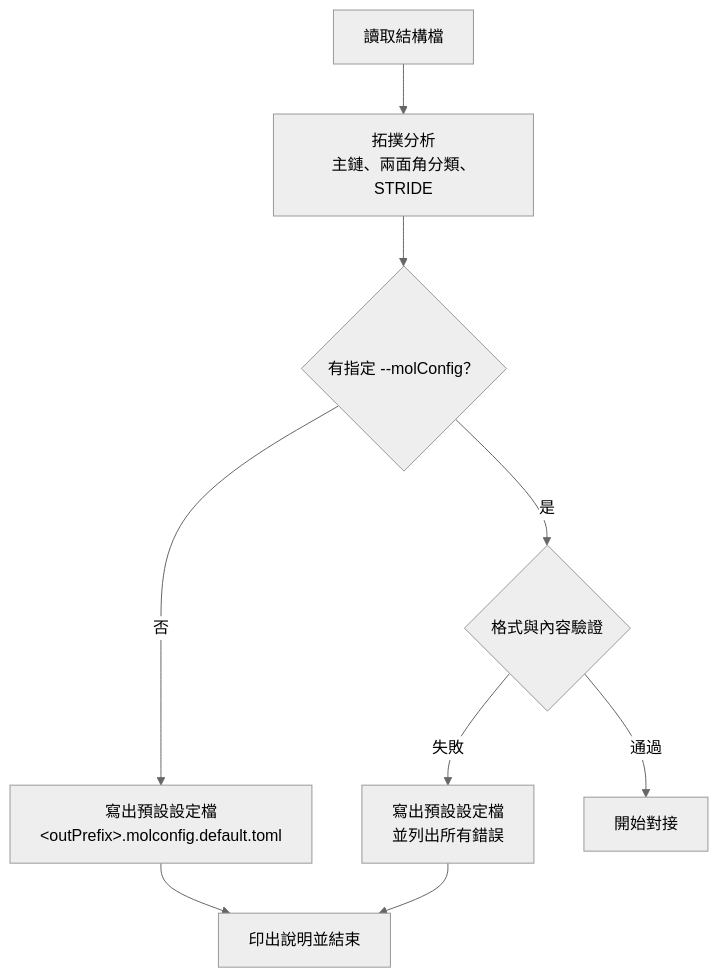
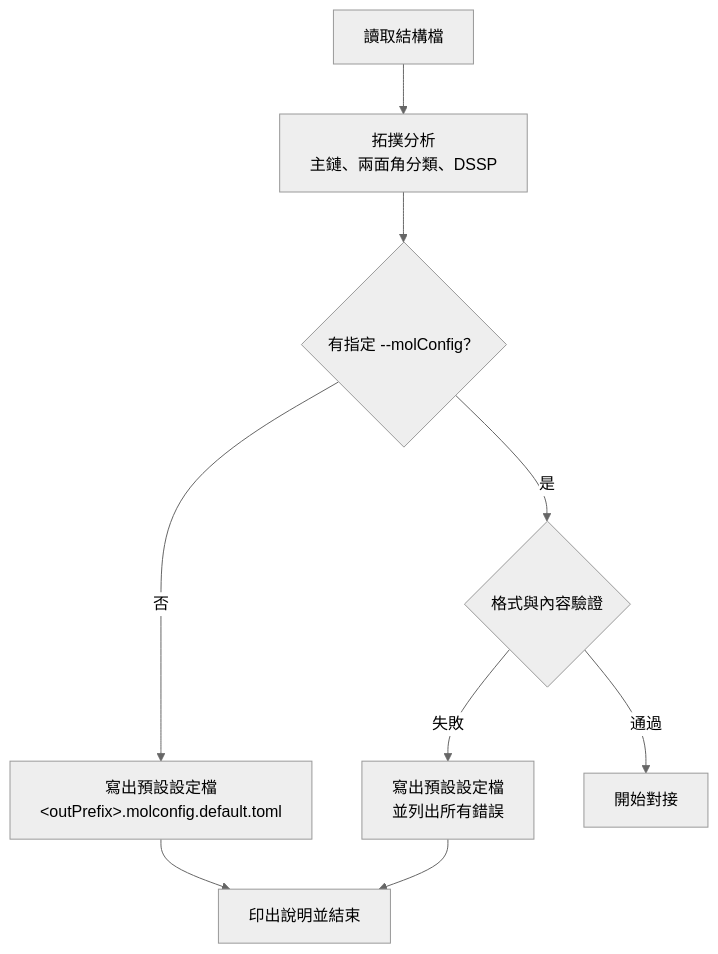
One commit to tirear/OmegaDocker changed the first of 2 diagrams in doc/OmegaDocker_0.40.xx_spec.md. Above: the diagram before and after it, drawn with Mermaid (neutral theme). The commit also changed other lines of this file and 7 other files, not shown here.

First line of the commit message:
DSSP secondary structure assignment (spec 4.6), replacing STRIDE

````diff
--- a/doc/OmegaDocker_0.40.xx_spec.md
+++ b/doc/OmegaDocker_0.40.xx_spec.md
@@ -222,9 +226,9 @@
 ```mermaid
 flowchart TD
-  A["讀取結構檔"] --> B["拓撲分析<br/>主鏈、兩面角分類、STRIDE"]
+  A["讀取結構檔"] --> B["拓撲分析<br/>主鏈、兩面角分類、DSSP"]
   B --> C{"有指定 --molConfig？"}
   C -- 否 --> W["寫出預設設定檔<br/>&lt;outPrefix&gt;.molconfig.default.toml"] --> X["印出說明並結束"]
   C -- 是 --> D{"格式與內容驗證"}
   D -- 失敗 --> W2["寫出預設設定檔<br/>並列出所有錯誤"] --> X
   D -- 通過 --> E["開始對接"]
 ```
````
